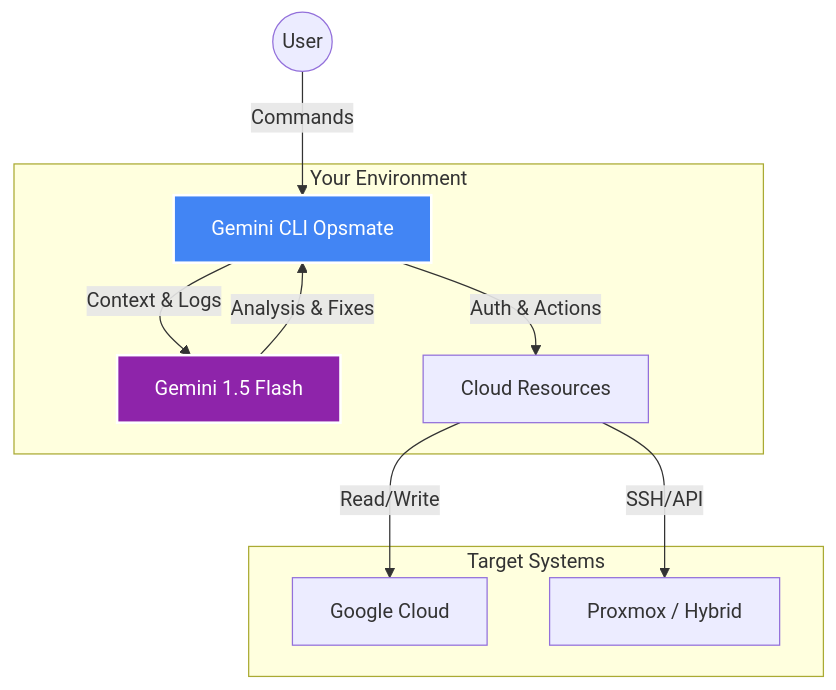
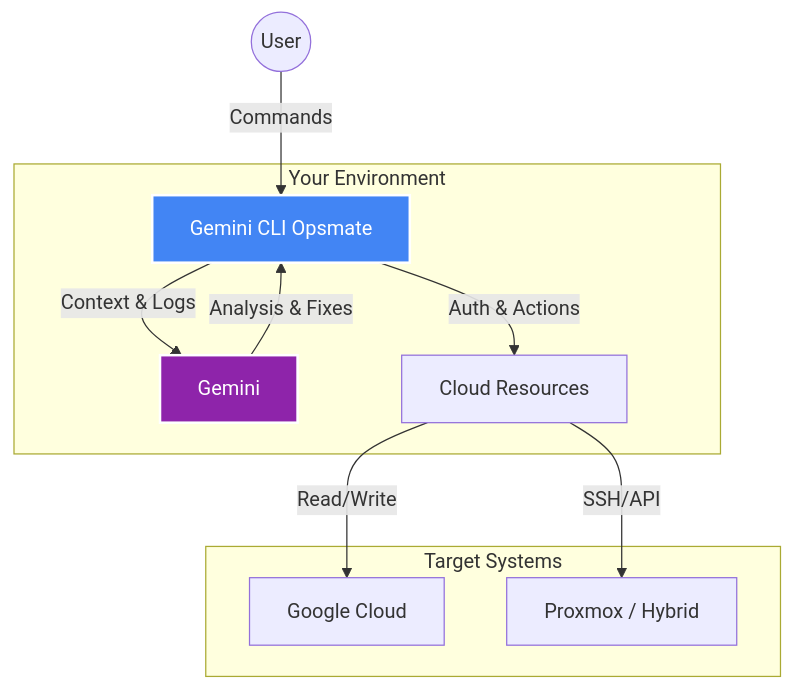
The diagram in README.md (bernieongewe/gcp-gemini-troubleshooter), drawn with Mermaid before and after one commit. The commit also changed other lines of this file, not shown here.

Commit message:
Revise README for Gemini version and project note
Updated the diagram to reflect the new Gemini version and added a note about project status.

````diff
--- a/README.md
+++ b/README.md
@@ -27,16 +27,16 @@
 ```mermaid
 graph TD
     User((User)) -->|Commands| CLI[Gemini CLI Opsmate]
     subgraph "Your Environment"
-        CLI -->|Context & Logs| G[Gemini 1.5 Flash]
+        CLI -->|Context & Logs| G[Gemini]
         CLI -->|Auth & Actions| Cloud[Cloud Resources]
     end
     subgraph "Target Systems"
         Cloud -->|Read/Write| GCP[Google Cloud]
         Cloud -->|SSH/API| PVE[Proxmox / Hybrid]
     end
     G -->|Analysis & Fixes| CLI
     
     style CLI fill:#4285F4,stroke:#fff,stroke-width:2px,color:#fff
     style G fill:#8E24AA,stroke:#fff,stroke-width:2px,color:#fff
 ```
````
